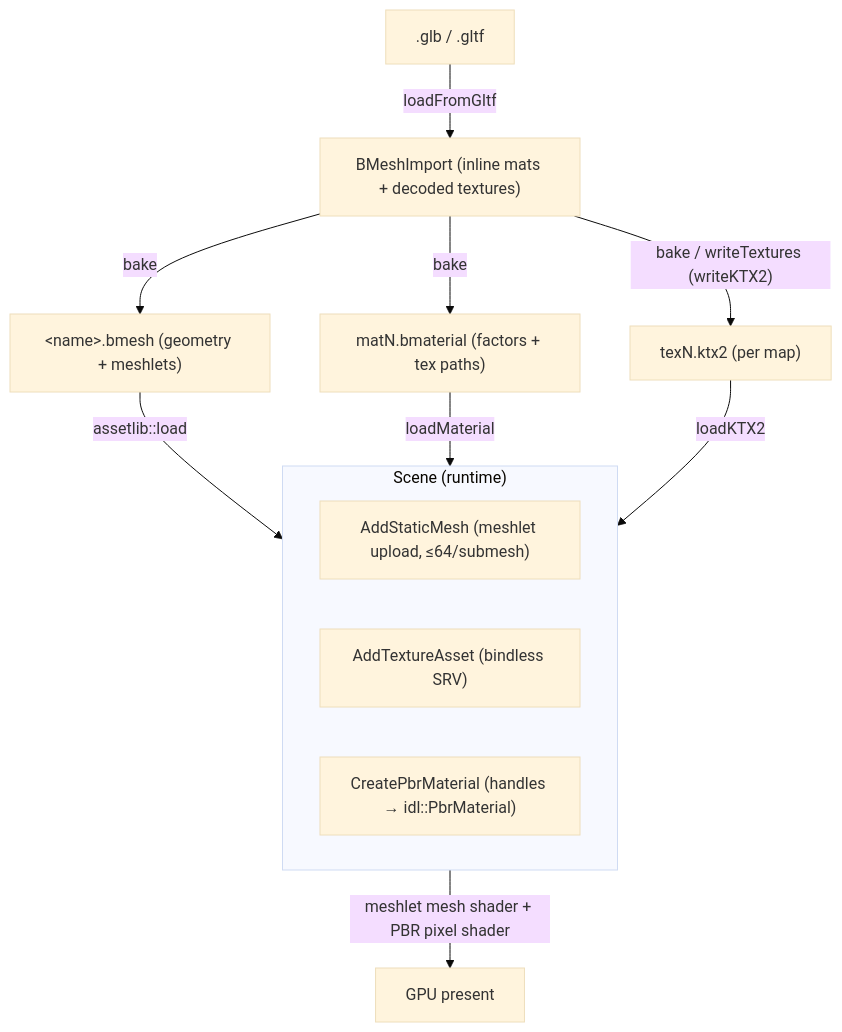
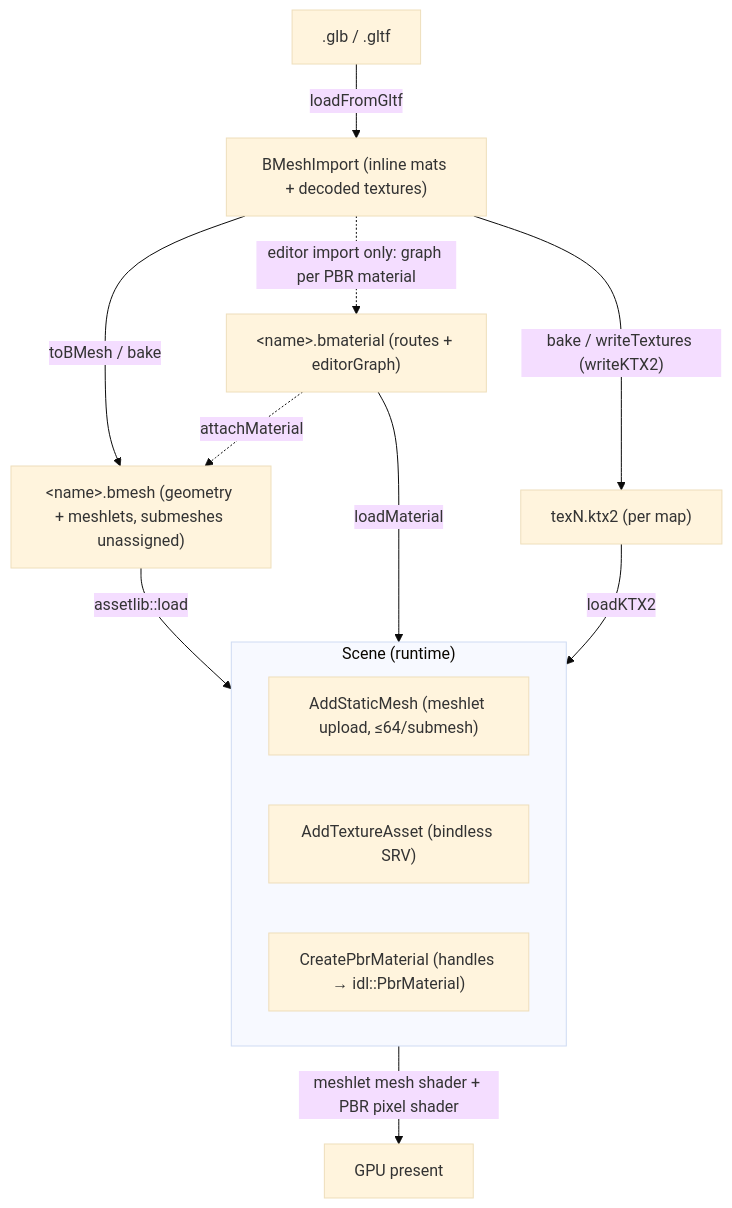
One commit to alexjiang200407/bernini changed the diagram in docs/asset_standards.md. Above: the diagram before and after it, drawn with Mermaid (base theme). The commit also changed other lines of this file and 9 other files, not shown here.

````diff
--- a/docs/asset_standards.md
+++ b/docs/asset_standards.md
@@ -301,19 +307,20 @@
 ```mermaid
 flowchart TD
     GLTF[".glb / .gltf"] -- "loadFromGltf" --> IMP["BMeshImport (inline mats + decoded textures)"]
-    IMP -- "bake" --> BMESH["&lt;name&gt;.bmesh (geometry + meshlets)"]
-    IMP -- "bake" --> BMAT["matN.bmaterial (factors + tex paths)"]
+    IMP -- "toBMesh / bake" --> BMESH["&lt;name&gt;.bmesh (geometry + meshlets, submeshes unassigned)"]
     IMP -- "bake / writeTextures (writeKTX2)" --> TEX["texN.ktx2 (per map)"]
+    IMP -. "editor import only: graph per PBR material" .-> BMAT["&lt;name&gt;.bmaterial (routes + editorGraph)"]
+    BMAT -. "attachMaterial" .-> BMESH
 
     BMESH -- "assetlib::load" --> SCENE
     BMAT -- "loadMaterial" --> SCENE
     TEX -- "loadKTX2" --> SCENE
 
     subgraph SCENE["Scene (runtime)"]
         AM["AddStaticMesh (meshlet upload, ≤64/submesh)"]
         AT["AddTextureAsset (bindless SRV)"]
         CM["CreatePbrMaterial (handles → idl::PbrMaterial)"]
     end
 
     SCENE -- "meshlet mesh shader + PBR pixel shader" --> GPU["GPU present"]
 ```
````
